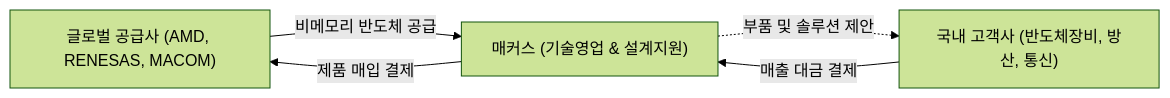
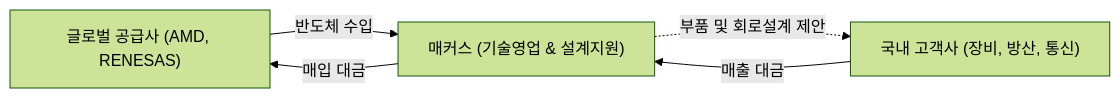
Before and after one commit to eve830521-cmd/my-skill: the diagram in Stock_Research/매커스/3_Final_Reports/Phase1_Report.md, drawn with Mermaid (forest theme). The commit also changed other lines of this file and 120 other files, not shown here.

Commit message:
feat: Update Korean Stock Analyzer skill, stock research reports, and timelines

````diff
--- a/Stock_Research/매커스/3_Final_Reports/Phase1_Report.md
+++ b/Stock_Research/매커스/3_Final_Reports/Phase1_Report.md
@@ -6,7 +11,7 @@
 ```mermaid
 graph LR
-    A["글로벌 공급사 (AMD, RENESAS, MACOM)"] -->|"비메모리 반도체 공급"| B["매커스 (기술영업 & 설계지원)"]
-    B -. "부품 및 솔루션 제안" .-> C["국내 고객사 (반도체장비, 방산, 통신)"]
-    C -->|"매출 대금 결제"| B
-    B -->|"제품 매입 결제"| A
+    A["글로벌 공급사 (AMD, RENESAS)"] -->|"반도체 수입"| B["매커스 (기술영업 & 설계지원)"]
+    B -. "부품 및 회로설계 제안" .-> C["국내 고객사 (장비, 방산, 통신)"]
+    C -->|"매출 대금"| B
+    B -->|"매입 대금"| A
 ```
````
